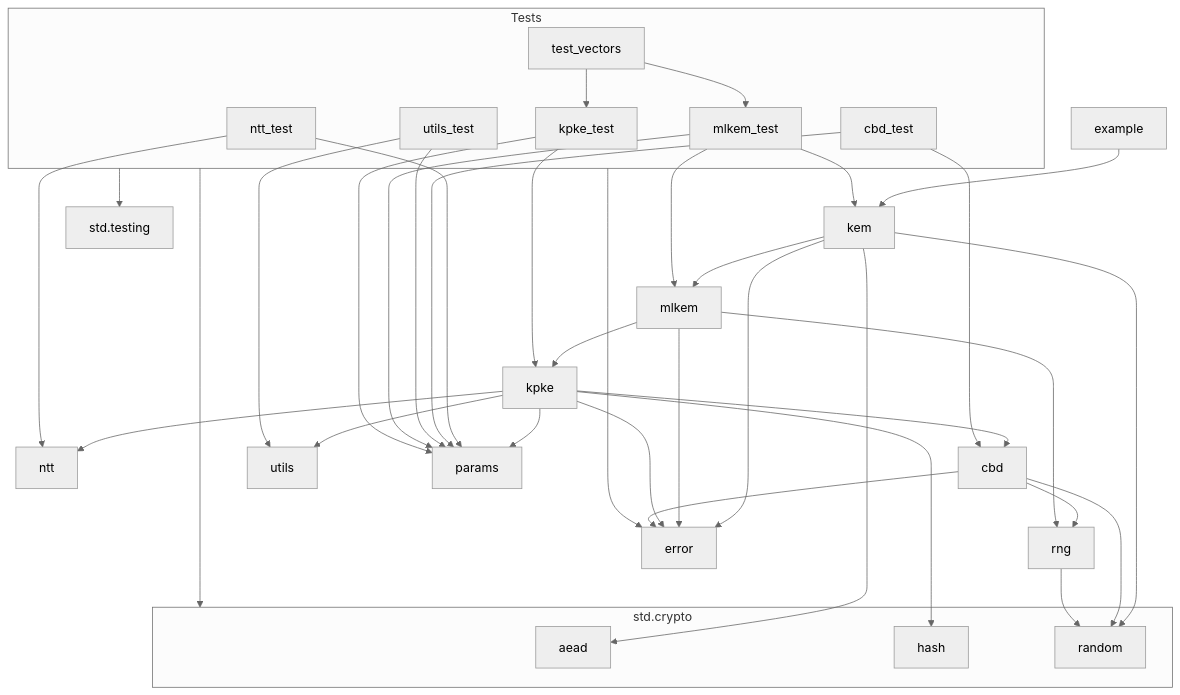
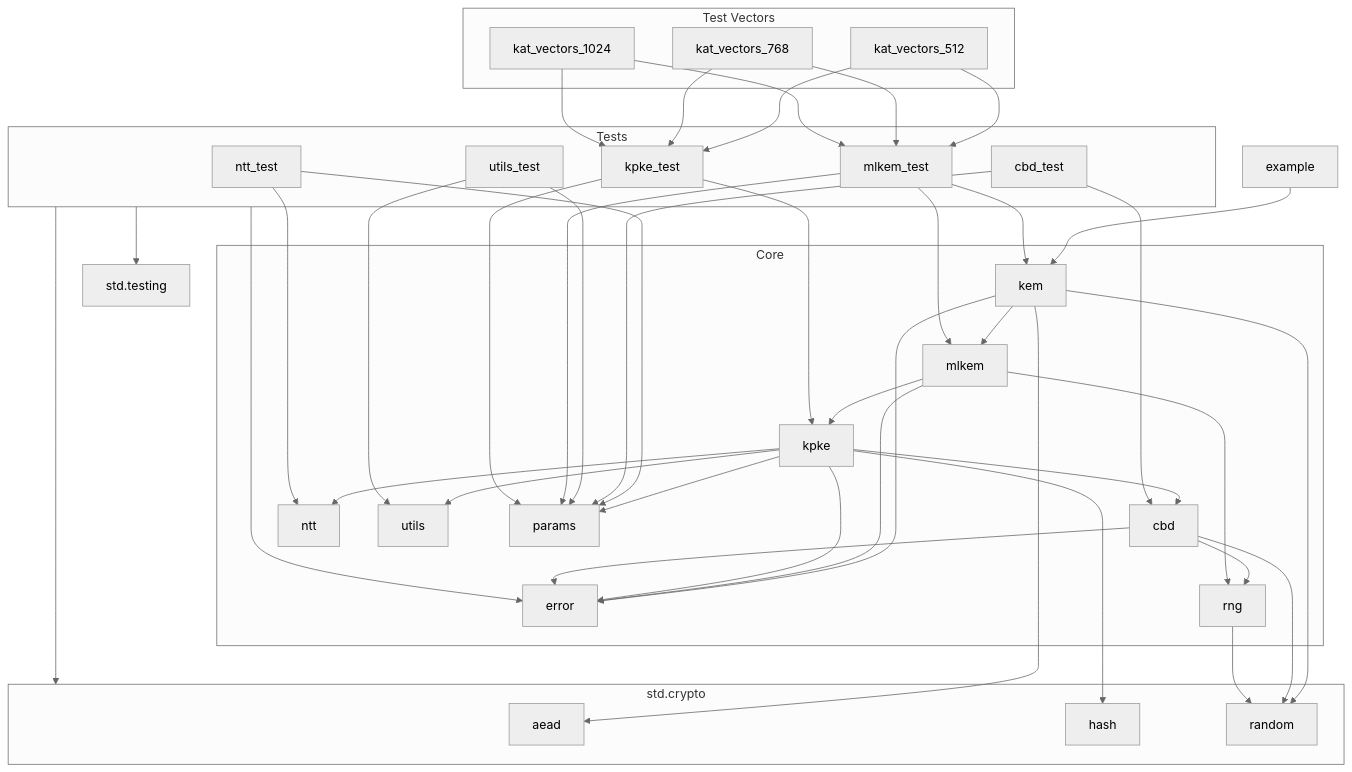
The diagram in README.md (nshkrdotcom/zips), drawn with Mermaid (neutral theme) before and after one commit. The commit also changed other lines of this file and 8 other files, not shown here.

Commit message:
build out tests, updated diagram, fixed kem parser

````diff
--- a/README.md
+++ b/README.md
@@ -81,47 +81,76 @@
 ```mermaid
 graph TD
+    subgraph TV["Test&nbsp;Vectors"]
+        kat_vectors_512
+        kat_vectors_768
+        kat_vectors_1024
+    end
+
+    subgraph SC["std.crypto"]
+        aead
+        hash
+        random
+    end
+
+    subgraph Tests["Tests"]
+        ntt_test
+        cbd_test
+        utils_test
+        mlkem_test
+        kpke_test
+    end
+
+    subgraph Core["Core"]
+        kem
+        mlkem
+        kpke
+        cbd
+        ntt
+        utils
+        params
+        error
+        rng
+    end
+    
     kem --> mlkem
     mlkem --> kpke
     kpke --> ntt
     kpke --> cbd
     kpke --> utils
     kpke --> params
     cbd --> rng
     mlkem --> rng
-    example --> kem
-    subgraph SC["std.crypto"]
-        aead
-        hash
-        random
-    end
     kem --> aead
     kem --> random
     kpke --> hash
     cbd --> random
     rng --> random
     kem --> error
     mlkem --> error
     kpke --> error
     cbd --> error
-    subgraph Tests["Tests"]
-        ntt_test
-        cbd_test
-        utils_test
-        test_vectors --> mlkem_test
-        test_vectors --> kpke_test
-    end
+
+    example --> kem
+
     ntt_test --> ntt
     ntt_test --> params
     cbd_test --> cbd
     cbd_test --> params
     utils_test --> params
     utils_test --> utils
     mlkem_test --> mlkem
     mlkem_test --> kem
     mlkem_test --> params
     kpke_test --> kpke
     kpke_test --> params
     Tests --> std.testing
     Tests --> SC
     Tests --> error
+
+    kat_vectors_512 --> mlkem_test
+    kat_vectors_512 --> kpke_test
+    kat_vectors_768 --> mlkem_test
+    kat_vectors_768 --> kpke_test
+    kat_vectors_1024 --> mlkem_test
+    kat_vectors_1024 --> kpke_test
 ```
````
